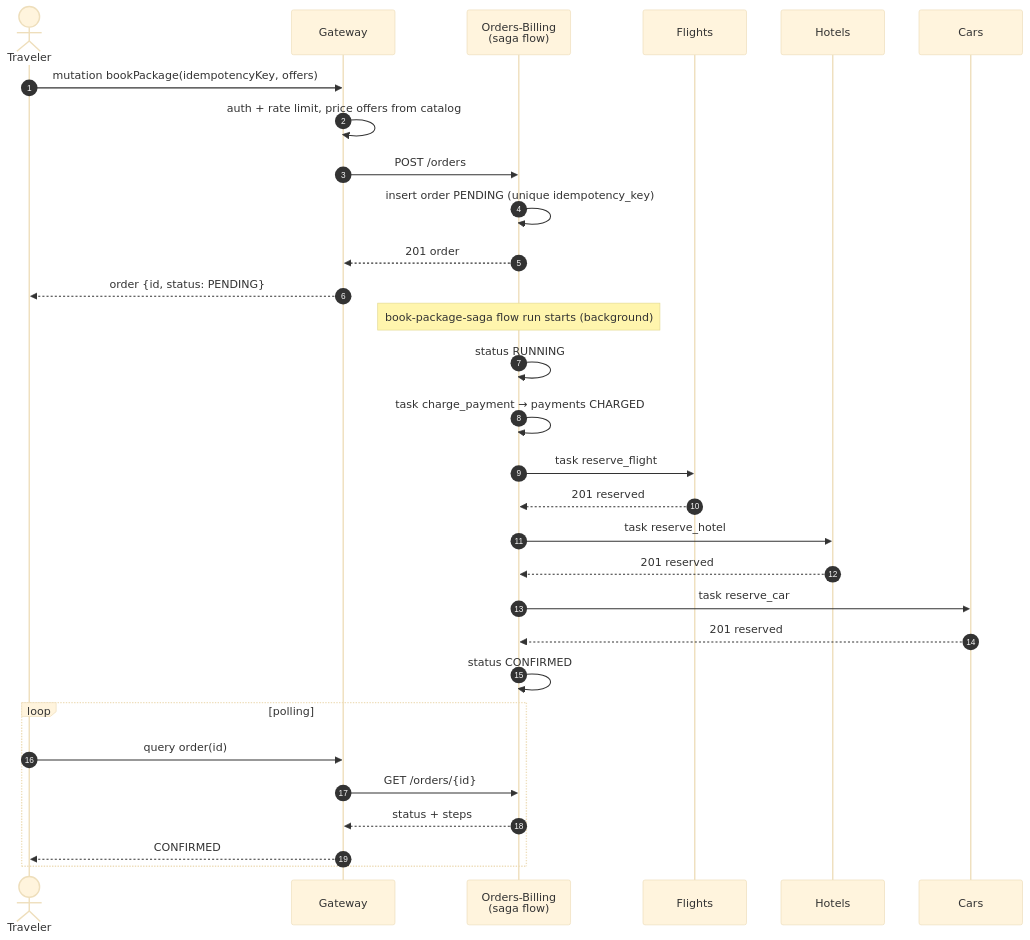
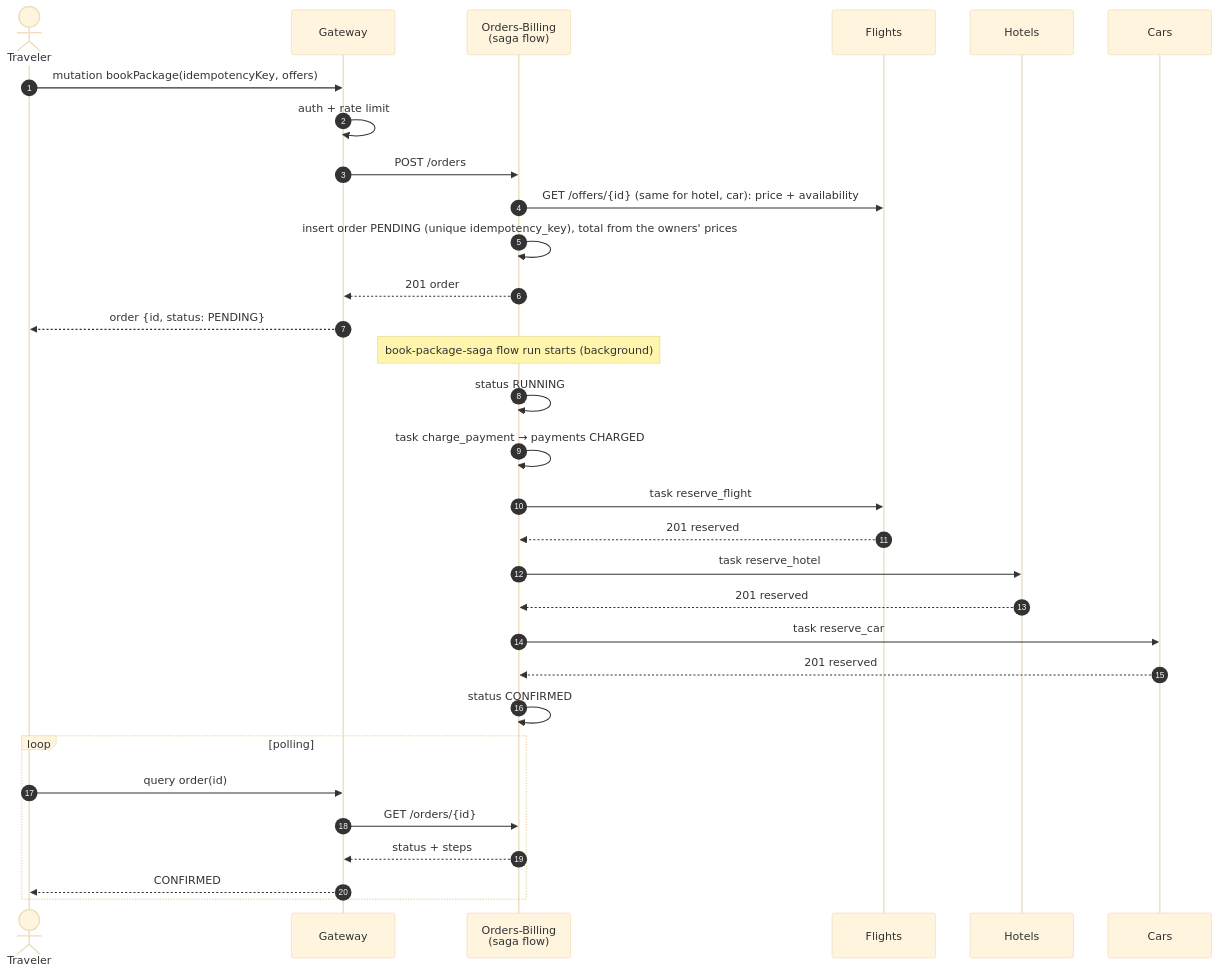
Before and after one commit to DaemonPalace/Parcial2-PAA: the third of 14 diagrams in docs/design.md, drawn with Mermaid (base theme). The commit also changed other lines of this file and 15 other files, not shown here.

````diff
--- a/docs/design.md
+++ b/docs/design.md
@@ -118,32 +118,33 @@
 ```mermaid
 sequenceDiagram
   autonumber
   actor T as Traveler
   participant GW as Gateway
   participant OB as Orders-Billing<br/>(saga flow)
   participant FL as Flights
   participant HO as Hotels
   participant CA as Cars
   T->>GW: mutation bookPackage(idempotencyKey, offers)
-  GW->>GW: auth + rate limit, price offers from catalog
+  GW->>GW: auth + rate limit
   GW->>OB: POST /orders
-  OB->>OB: insert order PENDING (unique idempotency_key)
+  OB->>FL: GET /offers/{id} (same for hotel, car): price + availability
+  OB->>OB: insert order PENDING (unique idempotency_key), total from the owners' prices
   OB-->>GW: 201 order
   GW-->>T: order {id, status: PENDING}
   Note over OB: book-package-saga flow run starts (background)
   OB->>OB: status RUNNING
   OB->>OB: task charge_payment → payments CHARGED
   OB->>FL: task reserve_flight
   FL-->>OB: 201 reserved
   OB->>HO: task reserve_hotel
   HO-->>OB: 201 reserved
   OB->>CA: task reserve_car
   CA-->>OB: 201 reserved
   OB->>OB: status CONFIRMED
   loop polling
     T->>GW: query order(id)
     GW->>OB: GET /orders/{id}
     OB-->>GW: status + steps
     GW-->>T: CONFIRMED
   end
 ```
````
